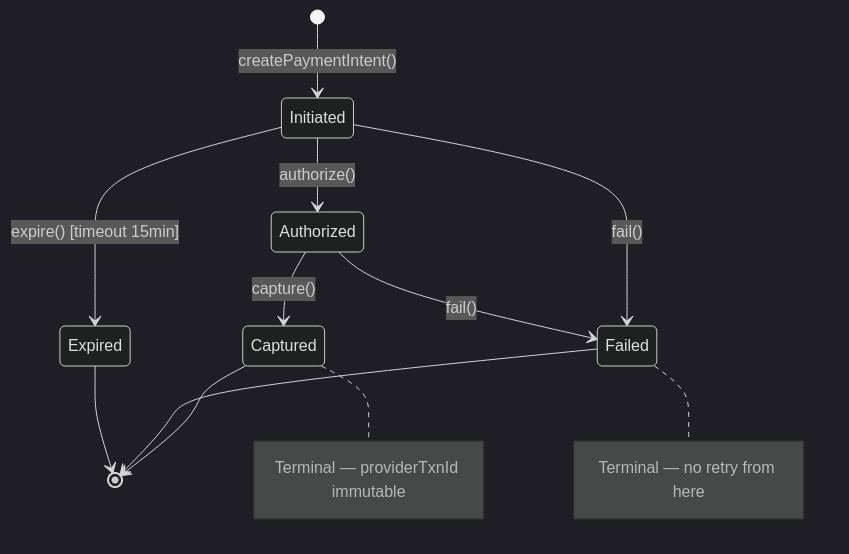
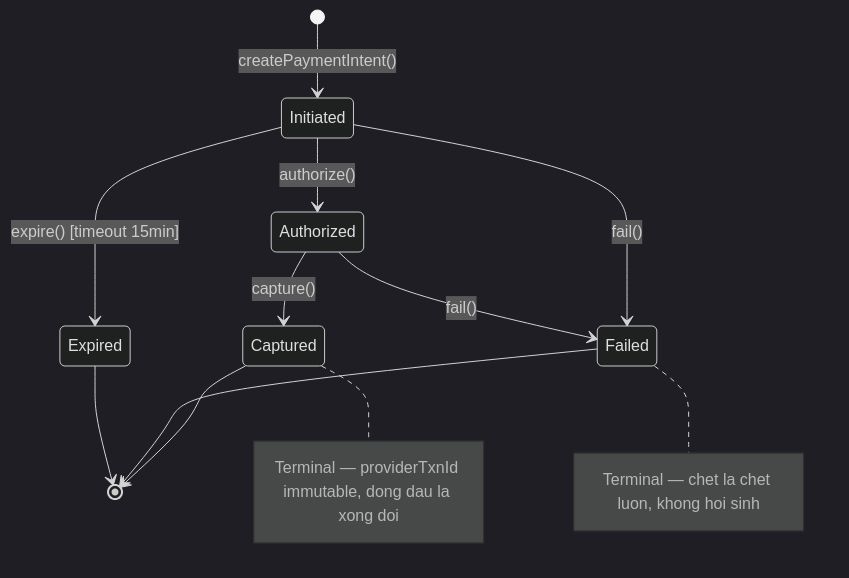
One commit to codevuichamcom/ecommerce-platform changed the diagram in docs/evolution/10-tien-khong-sai.md. Above: the diagram before and after it, drawn with Mermaid (dark theme). The commit also changed other lines of this file and 17 other files, not shown here.

````diff
--- a/docs/evolution/10-tien-khong-sai.md
+++ b/docs/evolution/10-tien-khong-sai.md
@@ -53,15 +79,15 @@
 ```mermaid
 stateDiagram-v2
     [*] --> Initiated: createPaymentIntent()
     Initiated --> Authorized: authorize()
     Initiated --> Failed: fail()
     Initiated --> Expired: expire() [timeout 15min]
     Authorized --> Captured: capture()
     Authorized --> Failed: fail()
     Captured --> [*]
     Failed --> [*]
     Expired --> [*]
 
-    note right of Captured: Terminal — providerTxnId immutable
-    note right of Failed: Terminal — no retry from here
+    note right of Captured: Terminal — providerTxnId immutable, dong dau la xong doi
+    note right of Failed: Terminal — chet la chet luon, khong hoi sinh
 ```
````
